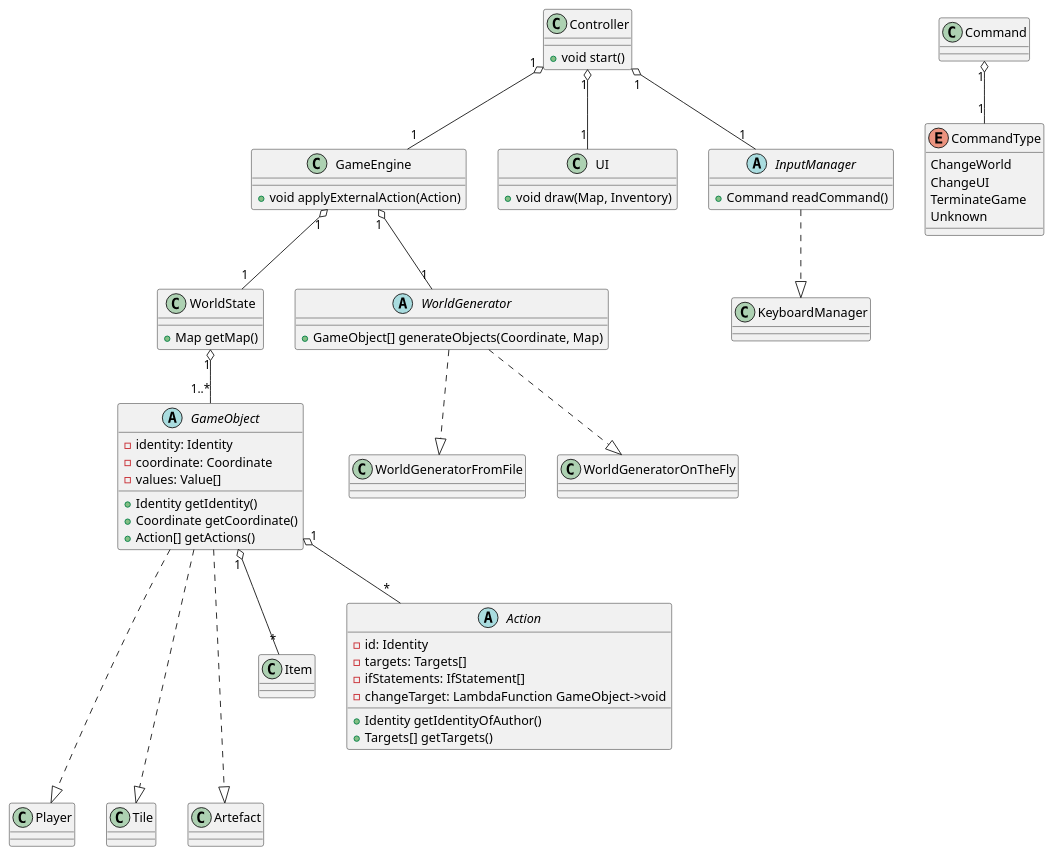
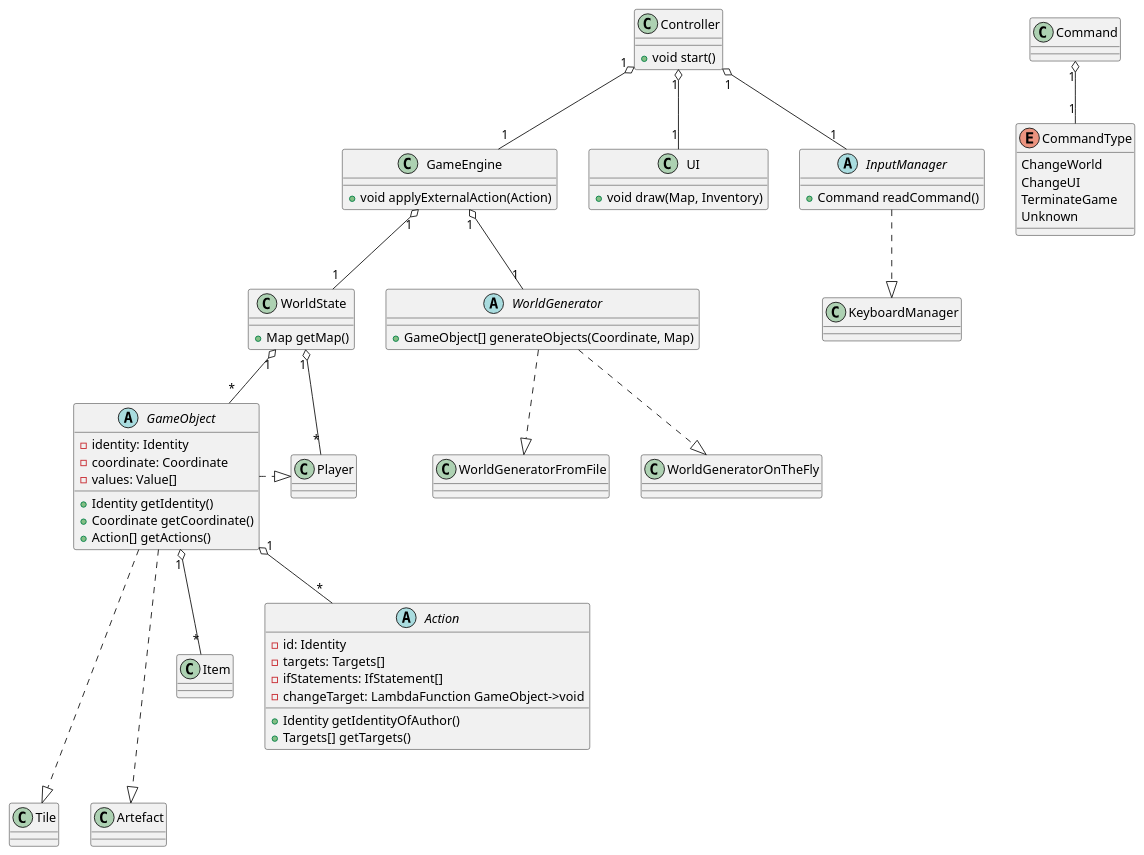
One commit to ruthenium96/roguelike changed the diagram in architecture/class.puml. Above: the diagram before and after it, drawn with PlantUML.

Commit message:
Explicitly draw Player as field of WorldState

```diff
--- a/architecture/class.puml
+++ b/architecture/class.puml
@@ -1,96 +1,97 @@
 @startuml
 'https://plantuml.com/class-diagram
 
 class Controller {
 + void start()
 }
 
 Controller "1" o-- "1" GameEngine
 Controller "1" o-- "1" UI
 Controller "1" o-- "1" InputManager
 
 'INPUT SECTION:
 abstract InputManager {
 +Command readCommand()
 }
 
 InputManager -.|> KeyboardManager
 
 class Command {
 }
 
 Command "1" o-- "1" CommandType
 
 enum CommandType {
 ChangeWorld
 ChangeUI
 TerminateGame
 Unknown
 }
 
 'UI SECTION:
 
 class UI {
 +void draw(Map, Inventory)
 }
 
 'WORLD LOGIC SECTION
 
 class GameEngine {
 + void applyExternalAction(Action)
 }
 
 GameEngine "1" o-- "1" WorldState
 GameEngine "1" o-- "1" WorldGenerator
 
 abstract WorldGenerator {
 + GameObject[] generateObjects(Coordinate, Map)
 }
 
 WorldGenerator -.|> WorldGeneratorFromFile
 WorldGenerator -.|> WorldGeneratorOnTheFly
 
 class WorldState {
 +Map getMap()
 }
 
-WorldState "1" o-- "1..*" GameObject
+WorldState "1" o-- "*" GameObject
+WorldState "1" o-- "*" Player
 
 'Object is something with Coordinate, Item[], Action[]
 abstract class GameObject {
 - identity: Identity
 + Identity getIdentity()
 - coordinate: Coordinate
 + Coordinate getCoordinate()
 + Action[] getActions()
 - values: Value[]
 }
 
 'Player is self-explaining
 class Player
 'Tile is something like floor, each coordinate has to have one Tile
 class Tile
 'Artefact is something able to hold Item (like chest or just item).
 'It is required because Item is not GameObject.
 class Artefact
 
 GameObject --.|> Tile
-GameObject --.|> Player
+GameObject .|> Player
 GameObject --.|> Artefact
 
 'Item is self-explaining
 class Item
 'Action is attempt of GameObject to change the World (including itself)
 abstract class Action {
 - id: Identity
 + Identity getIdentityOfAuthor()
 - targets: Targets[]
 + Targets[] getTargets()
 - ifStatements: IfStatement[]
 - changeTarget: LambdaFunction GameObject->void
 }
 
 GameObject "1" o-- "*" Item
 GameObject "1" o-- "*" Action
 
 @enduml
```
